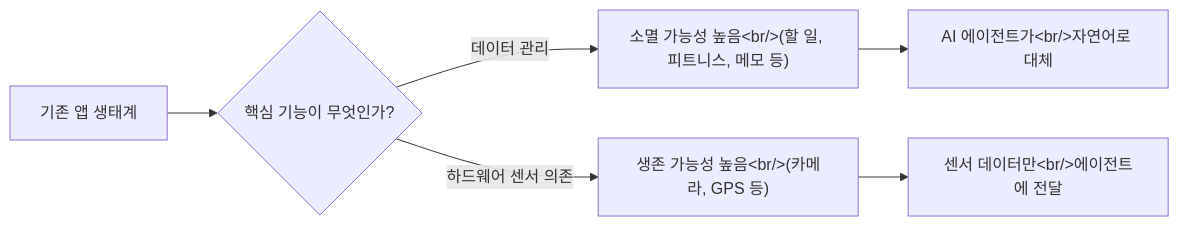
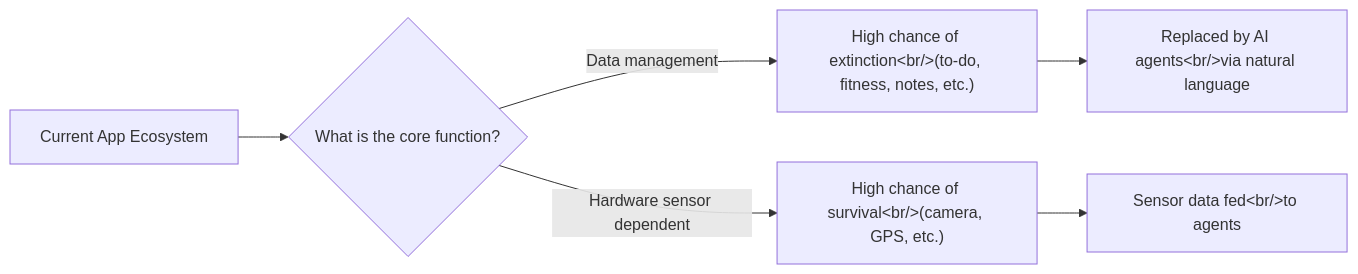
The second of 2 diagrams in content/en/posts/2026-04-02-openclaw-ai-apps.md (ice-ice-bear/ice-ice-bear.github.io), drawn with Mermaid before and after one commit. The commit also changed other lines of this file and 23 other files, not shown here.

````diff
--- a/content/en/posts/2026-04-02-openclaw-ai-apps.md
+++ b/content/en/posts/2026-04-02-openclaw-ai-apps.md
@@ -97,8 +97,8 @@
 ```mermaid
 graph LR
-    A["기존 앱 생태계"] --> B{"핵심 기능이 무엇인가?"}
-    B -->|"데이터 관리"| C["소멸 가능성 높음&lt;br/&gt;(할 일, 피트니스, 메모 등)"]
-    B -->|"하드웨어 센서 의존"| D["생존 가능성 높음&lt;br/&gt;(카메라, GPS 등)"]
-    C --> E["AI 에이전트가&lt;br/&gt;자연어로 대체"]
-    D --> F["센서 데이터만&lt;br/&gt;에이전트에 전달"]
+    A["Current App Ecosystem"] --> B{"What is the core function?"}
+    B -->|"Data management"| C["High chance of extinction&lt;br/&gt;(to-do, fitness, notes, etc.)"]
+    B -->|"Hardware sensor dependent"| D["High chance of survival&lt;br/&gt;(camera, GPS, etc.)"]
+    C --> E["Replaced by AI agents&lt;br/&gt;via natural language"]
+    D --> F["Sensor data fed&lt;br/&gt;to agents"]
 ```
````
